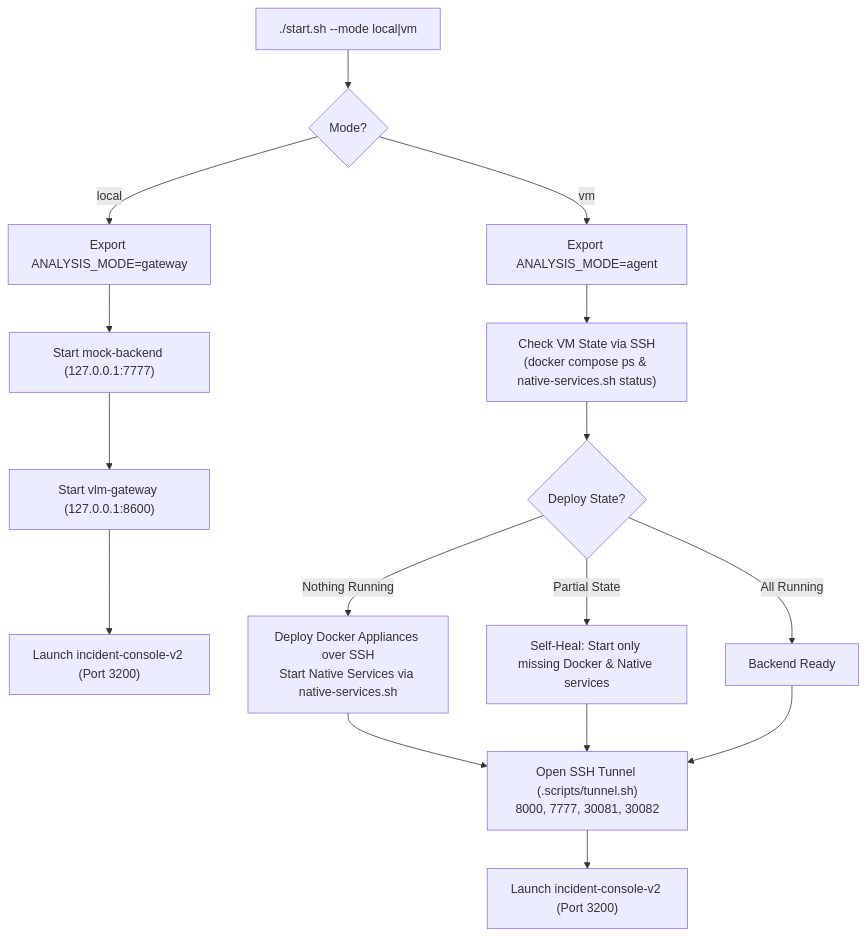
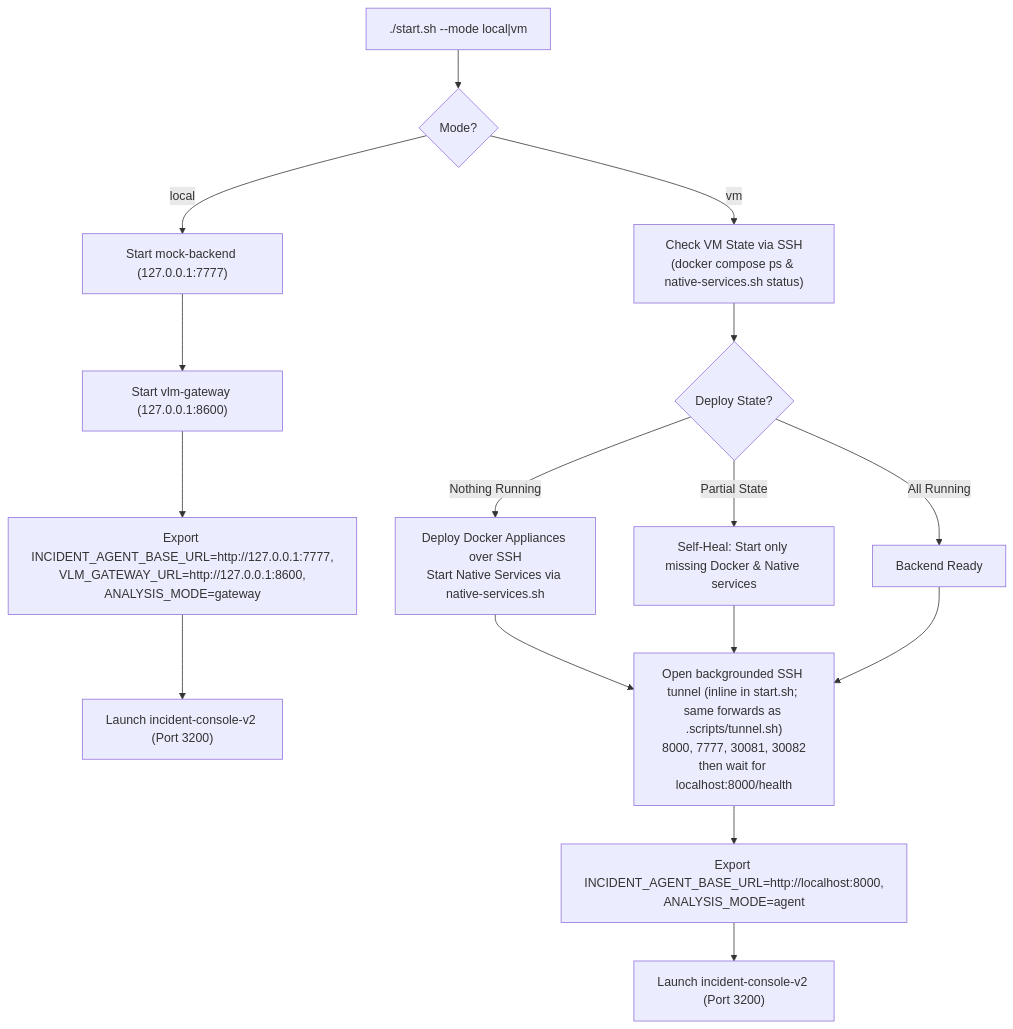
The second of 5 diagrams in deploy/docker/developer-profiles/dev-profile-incident/.docs/architecture.md (Danwidj/video-search-and-summarization), drawn with Mermaid before and after one commit. The commit also changed other lines of this file and 2 other files, not shown here.

First line of the commit message:
docs(incident): correct architecture and operations facts from audit (#97)

````diff
--- a/deploy/docker/developer-profiles/dev-profile-incident/.docs/architecture.md
+++ b/deploy/docker/developer-profiles/dev-profile-incident/.docs/architecture.md
@@ -125,25 +129,25 @@
 ```mermaid
 flowchart TD
     Start["./start.sh --mode local|vm"] --> CheckMode{Mode?}
 
     %% Local Mode Path
-    CheckMode -->|local| LocalInit["Export ANALYSIS_MODE=gateway"]
-    LocalInit --> StartMock["Start mock-backend (127.0.0.1:7777)"]
+    CheckMode -->|local| StartMock["Start mock-backend (127.0.0.1:7777)"]
     StartMock --> StartGateway["Start vlm-gateway (127.0.0.1:8600)"]
-    StartGateway --> RunV2Local["Launch incident-console-v2 (Port 3200)"]
+    StartGateway --> LocalInit["Export INCIDENT_AGENT_BASE_URL=http://127.0.0.1:7777,<br/>VLM_GATEWAY_URL=http://127.0.0.1:8600,<br/>ANALYSIS_MODE=gateway"]
+    LocalInit --> RunV2Local["Launch incident-console-v2 (Port 3200)"]
 
     %% VM Mode Path
-    CheckMode -->|vm| VMInit["Export ANALYSIS_MODE=agent"]
-    VMInit --> CheckSSH["Check VM State via SSH<br/>(docker compose ps & native-services.sh status)"]
+    CheckMode -->|vm| CheckSSH["Check VM State via SSH<br/>(docker compose ps & native-services.sh status)"]
     CheckSSH --> StateDecision{Deploy State?}
     
     StateDecision -->|Nothing Running| FreshDeploy["Deploy Docker Appliances over SSH<br/>Start Native Services via native-services.sh"]
     StateDecision -->|Partial State| SelfHeal["Self-Heal: Start only missing Docker & Native services"]
     StateDecision -->|All Running| Ready["Backend Ready"]
     
     FreshDeploy --> OpenTunnel
     SelfHeal --> OpenTunnel
     Ready --> OpenTunnel
 
-    OpenTunnel["Open SSH Tunnel (.scripts/tunnel.sh)<br/>8000, 7777, 30081, 30082"] --> RunV2VM["Launch incident-console-v2 (Port 3200)"]
+    OpenTunnel["Open backgrounded SSH tunnel (inline in start.sh; same forwards as .scripts/tunnel.sh)<br/>8000, 7777, 30081, 30082<br/>then wait for localhost:8000/health"] --> VMInit["Export INCIDENT_AGENT_BASE_URL=http://localhost:8000,<br/>ANALYSIS_MODE=agent"]
+    VMInit --> RunV2VM["Launch incident-console-v2 (Port 3200)"]
 ```
````
